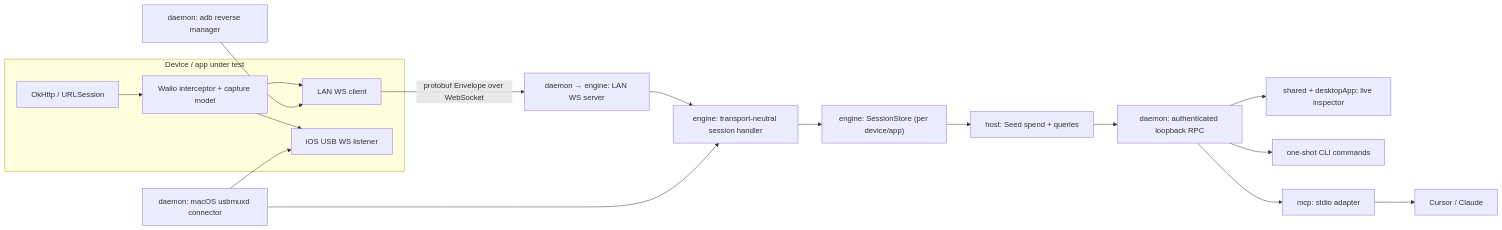
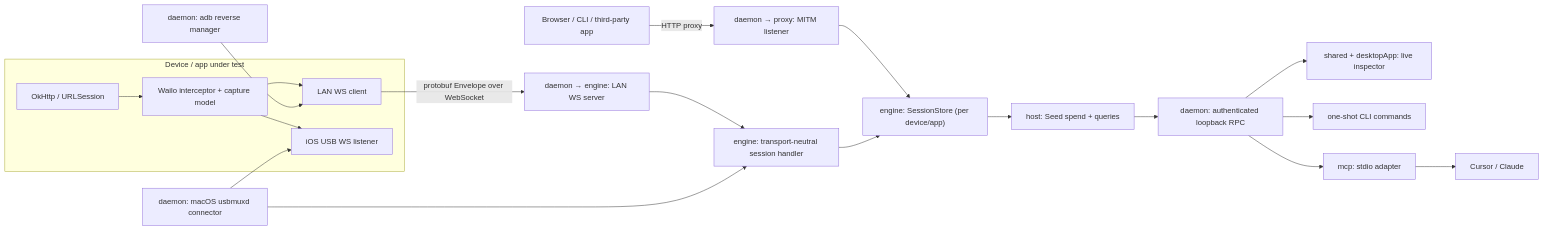
One commit to venbiasa/wailo changed the diagram in ARCHITECTURE.md. Above: the diagram before and after it, drawn with Mermaid. The commit also changed other lines of this file and 47 other files, not shown here.

````diff
--- a/ARCHITECTURE.md
+++ b/ARCHITECTURE.md
@@ -23,20 +23,22 @@
 ```mermaid
 flowchart LR
   subgraph device [Device / app under test]
     ok[OkHttp / URLSession] --> intc["Wailo interceptor + capture model"]
     intc --> client["LAN WS client"]
     intc --> listener["iOS USB WS listener"]
   end
   client -->|"protobuf Envelope over WebSocket"| server["daemon → engine: LAN WS server"]
   usb["daemon: macOS usbmuxd connector"] --> listener
   adb["daemon: adb reverse manager"] --> client
   server --> session["engine: transport-neutral session handler"]
   usb --> session
+  uninstrumented["Browser / CLI / third-party app"] -->|"HTTP proxy"| relay["daemon → proxy: MITM listener"]
+  relay --> store
   session --> store["engine: SessionStore (per device/app)"]
   store --> host["host: Seed spend + queries"]
   host --> daemon["daemon: authenticated loopback RPC"]
   daemon --> ui["shared + desktopApp: live inspector"]
   daemon --> cli["one-shot CLI commands"]
   daemon --> mcp["mcp: stdio adapter"]
   mcp --> agents["Cursor / Claude"]
 ```
````
